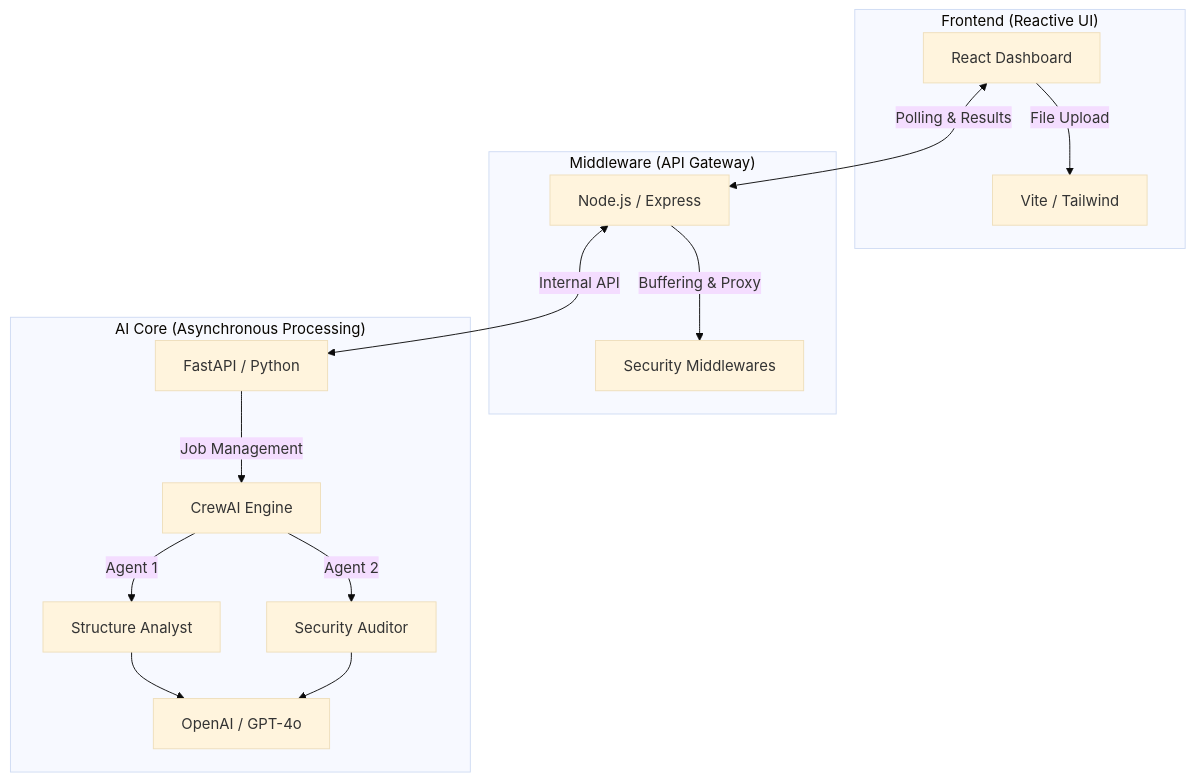
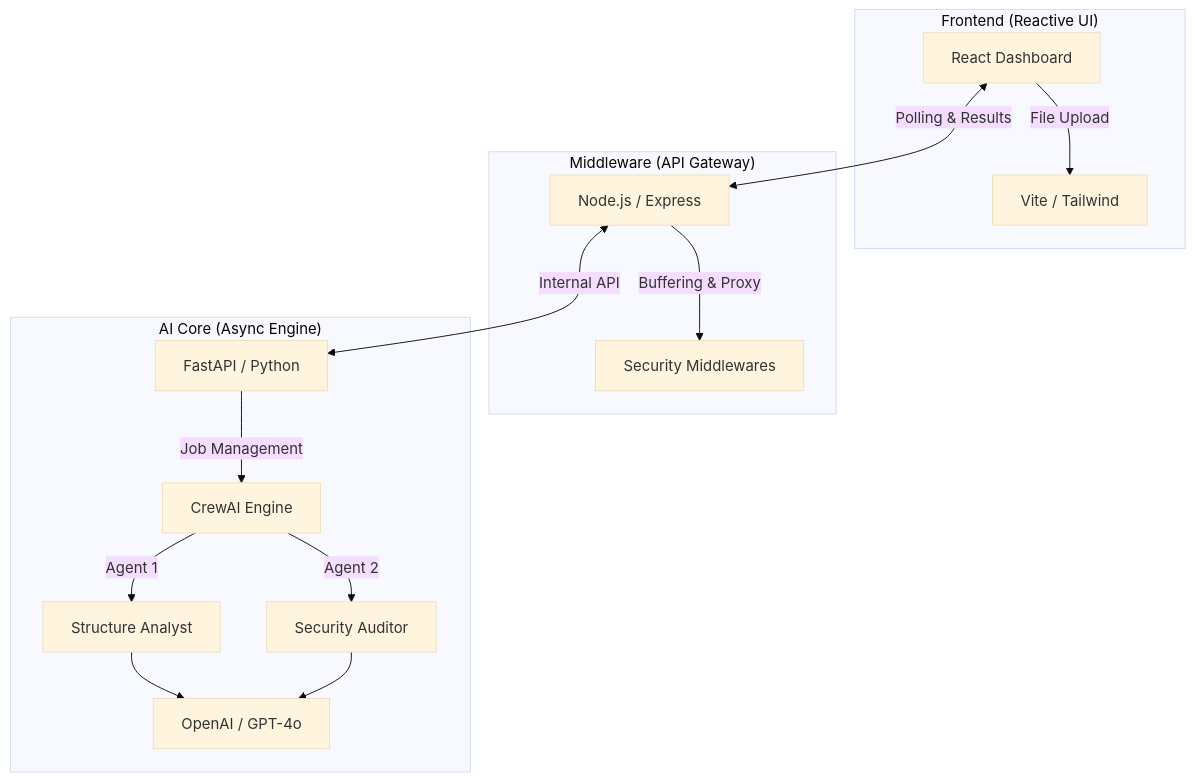
One commit to CatsAndBatmanAndDeadpool/agentic-data-sentinel changed the diagram in README.md. Above: the diagram before and after it, drawn with Mermaid (base theme). The commit also changed other lines of this file and 3 other files, not shown here.

Commit message:
docs: update README with UI snapshots, mock disclaimer, and fix diagram

````diff
--- a/README.md
+++ b/README.md
@@ -29,21 +34,21 @@
 ```mermaid
 graph TD
     subgraph "Frontend (Reactive UI)"
         A[React Dashboard] -->|File Upload| B[Vite / Tailwind]
     end
     
     subgraph "Middleware (API Gateway)"
         C[Node.js / Express] -->|Buffering & Proxy| D[Security Middlewares]
     end
     
-    subgraph "AI Core (Asynchronous Processing)"
+    subgraph "AI Core (Async Engine)"
         E[FastAPI / Python] -->|Job Management| F[CrewAI Engine]
         F -->|Agent 1| G[Structure Analyst]
         F -->|Agent 2| H[Security Auditor]
         G --> I[OpenAI / GPT-4o]
         H --> I
     end
 
     A <-->|Polling & Results| C
     C <-->|Internal API| E
 ```
````
